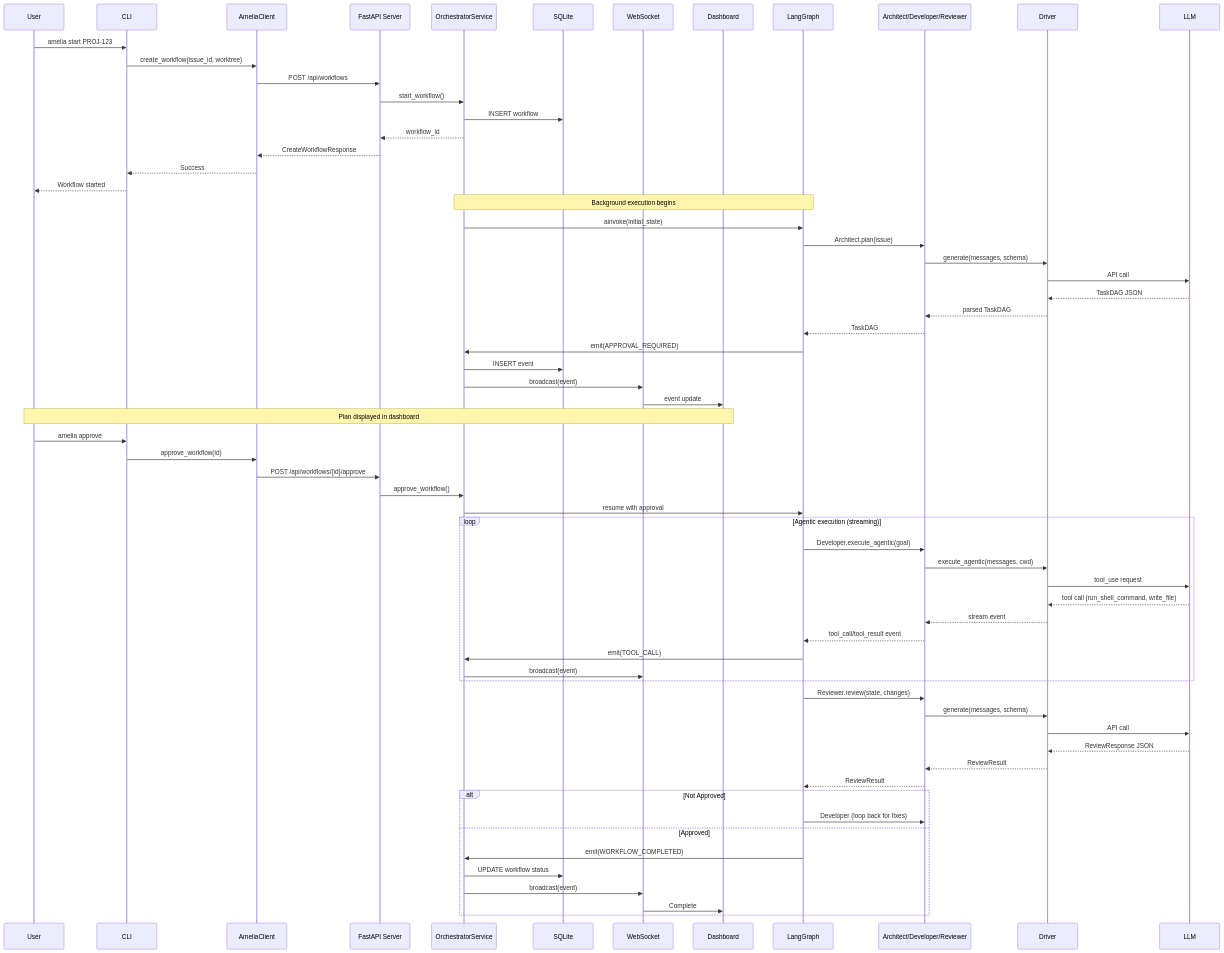
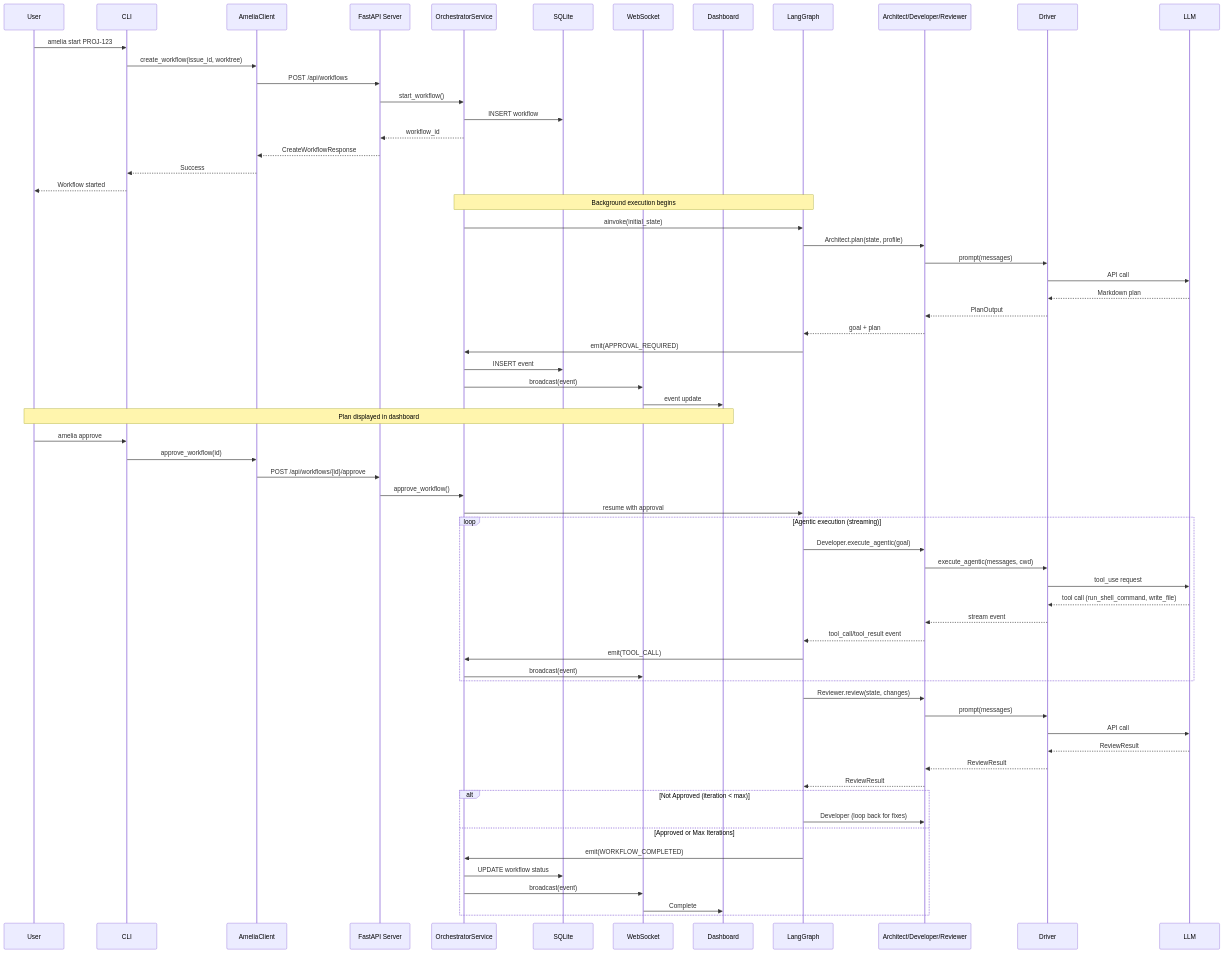
The second of 2 diagrams in docs/site/architecture/overview.md (existential-birds/amelia), drawn with Mermaid before and after one commit. The commit also changed other lines of this file and 6 other files, not shown here.

````diff
--- a/docs/site/architecture/overview.md
+++ b/docs/site/architecture/overview.md
@@ -311,75 +312,75 @@
 ```mermaid
 sequenceDiagram
     participant User
     participant CLI
     participant Client as AmeliaClient
     participant Server as FastAPI Server
     participant Service as OrchestratorService
     participant DB as SQLite
     participant WS as WebSocket
     participant Dashboard
     participant Orchestrator as LangGraph
     participant Agents as Architect/Developer/Reviewer
     participant Driver
     participant LLM
 
     User->>CLI: amelia start PROJ-123
     CLI->>Client: create_workflow(issue_id, worktree)
     Client->>Server: POST /api/workflows
     Server->>Service: start_workflow()
     Service->>DB: INSERT workflow
     Service-->>Server: workflow_id
     Server-->>Client: CreateWorkflowResponse
     Client-->>CLI: Success
     CLI-->>User: Workflow started
 
     Note over Service,Orchestrator: Background execution begins
 
     Service->>Orchestrator: ainvoke(initial_state)
-    Orchestrator->>Agents: Architect.plan(issue)
-    Agents->>Driver: generate(messages, schema)
+    Orchestrator->>Agents: Architect.plan(state, profile)
+    Agents->>Driver: prompt(messages)
     Driver->>LLM: API call
-    LLM-->>Driver: TaskDAG JSON
-    Driver-->>Agents: parsed TaskDAG
-    Agents-->>Orchestrator: TaskDAG
+    LLM-->>Driver: Markdown plan
+    Driver-->>Agents: PlanOutput
+    Agents-->>Orchestrator: goal + plan
 
     Orchestrator->>Service: emit(APPROVAL_REQUIRED)
     Service->>DB: INSERT event
     Service->>WS: broadcast(event)
     WS->>Dashboard: event update
 
     Note over User,Dashboard: Plan displayed in dashboard
 
     User->>CLI: amelia approve
     CLI->>Client: approve_workflow(id)
     Client->>Server: POST /api/workflows/{id}/approve
     Server->>Service: approve_workflow()
     Service->>Orchestrator: resume with approval
 
     loop Agentic execution (streaming)
         Orchestrator->>Agents: Developer.execute_agentic(goal)
         Agents->>Driver: execute_agentic(messages, cwd)
         Driver->>LLM: tool_use request
         LLM-->>Driver: tool call (run_shell_command, write_file)
         Driver-->>Agents: stream event
         Agents-->>Orchestrator: tool_call/tool_result event
         Orchestrator->>Service: emit(TOOL_CALL)
         Service->>WS: broadcast(event)
     end
 
     Orchestrator->>Agents: Reviewer.review(state, changes)
-    Agents->>Driver: generate(messages, schema)
+    Agents->>Driver: prompt(messages)
     Driver->>LLM: API call
-    LLM-->>Driver: ReviewResponse JSON
+    LLM-->>Driver: ReviewResult
     Driver-->>Agents: ReviewResult
     Agents-->>Orchestrator: ReviewResult
 
-    alt Not Approved
+    alt Not Approved (iteration < max)
         Orchestrator->>Agents: Developer (loop back for fixes)
-    else Approved
+    else Approved or Max Iterations
         Orchestrator->>Service: emit(WORKFLOW_COMPLETED)
         Service->>DB: UPDATE workflow status
         Service->>WS: broadcast(event)
         WS->>Dashboard: Complete
     end
 ```
````
